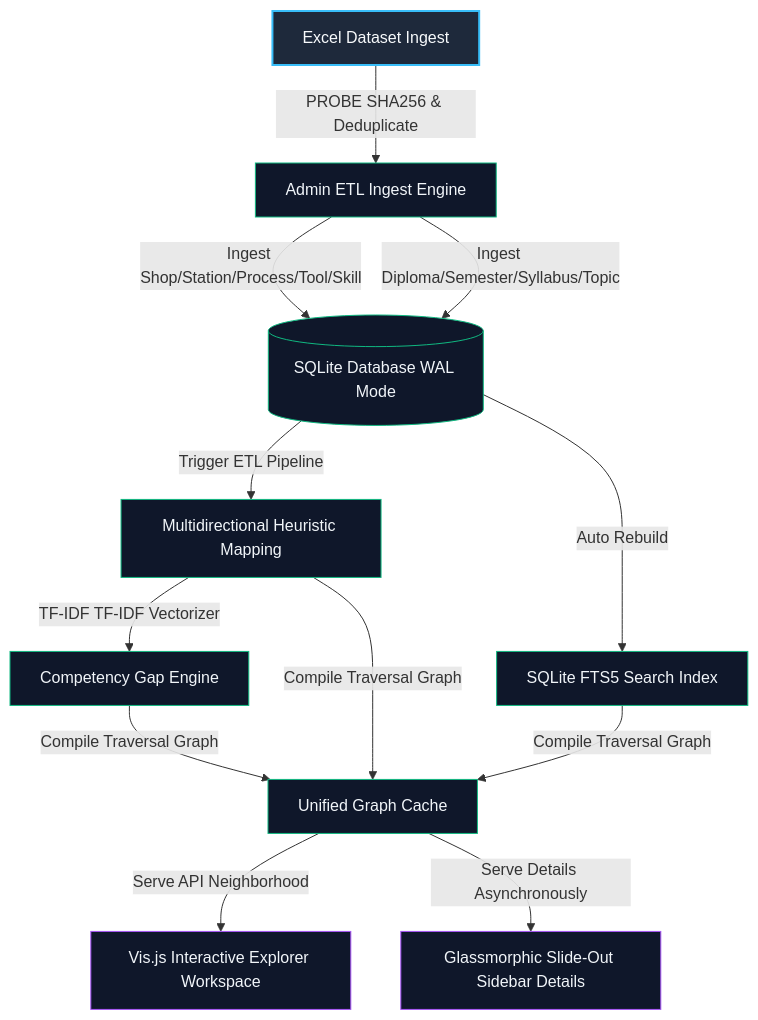
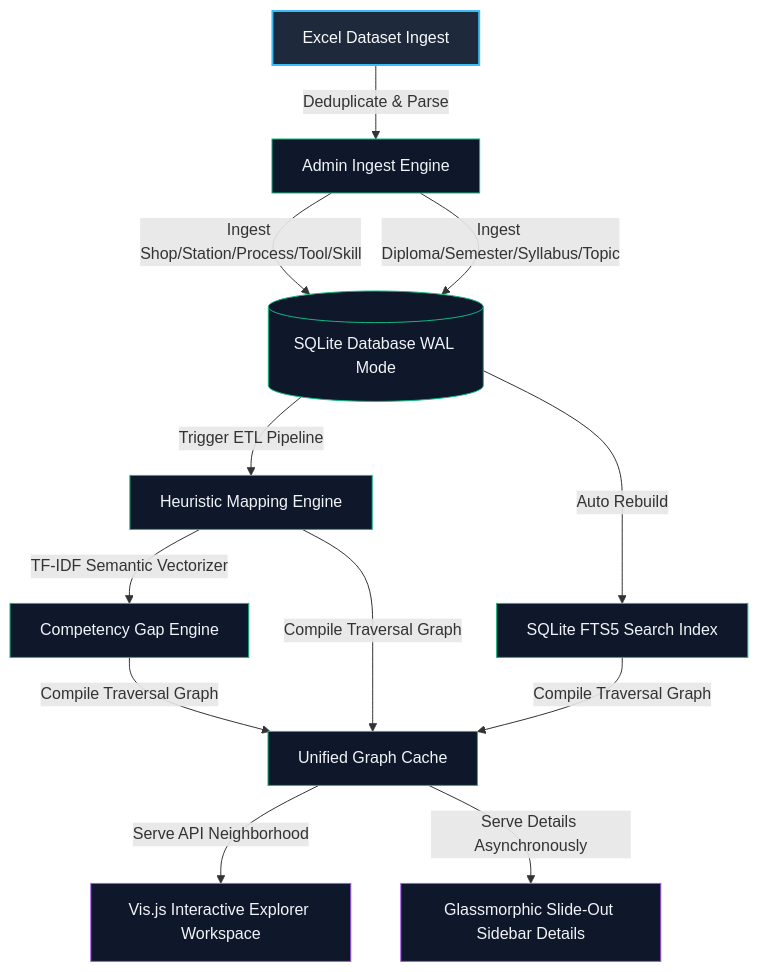
The diagram in README.md (maitray-agrawal/Industrial-Competency-Intelligence-System), drawn with Mermaid before and after one commit. The commit also changed other lines of this file and 16 other files, not shown here.

Commit message:
Implemented multidirectional industrial knowledge mapping engine, enhanced search intelligence, optimized station-tool relationships, improved industrial UI/UX, added contextual mapping cards, and upgraded offline competency intelligence architecture.

````diff
--- a/README.md
+++ b/README.md
@@ -5,16 +43,16 @@
 ```mermaid
 graph TD
     classDef main fill:#1e293b,stroke:#38bdf8,stroke-width:2px,color:#f8fafc;
     classDef engine fill:#0f172a,stroke:#10b981,stroke-width:1px,color:#f1f5f9;
     classDef client fill:#0f172a,stroke:#a855f7,stroke-width:1px,color:#f1f5f9;
 
-    A[Excel Dataset Ingest]:::main -->|PROBE SHA256 & Deduplicate| B[Admin ETL Ingest Engine]:::engine
+    A[Excel Dataset Ingest]:::main -->|Deduplicate & Parse| B[Admin Ingest Engine]:::engine
     B -->|Ingest Shop/Station/Process/Tool/Skill| C[(SQLite Database WAL Mode)]:::engine
     B -->|Ingest Diploma/Semester/Syllabus/Topic| C
-    C -->|Trigger ETL Pipeline| D[Multidirectional Heuristic Mapping]:::engine
-    D -->|TF-IDF TF-IDF Vectorizer| E[Competency Gap Engine]:::engine
+    C -->|Trigger ETL Pipeline| D[Heuristic Mapping Engine]:::engine
+    D -->|TF-IDF Semantic Vectorizer| E[Competency Gap Engine]:::engine
     C -->|Auto Rebuild| F[SQLite FTS5 Search Index]:::engine
     E & F & D -->|Compile Traversal Graph| G[Unified Graph Cache]:::engine
     G -->|Serve API Neighborhood| H[Vis.js Interactive Explorer Workspace]:::client
     G -->|Serve Details Asynchronously| I[Glassmorphic Slide-Out Sidebar Details]:::client
 ```
````
